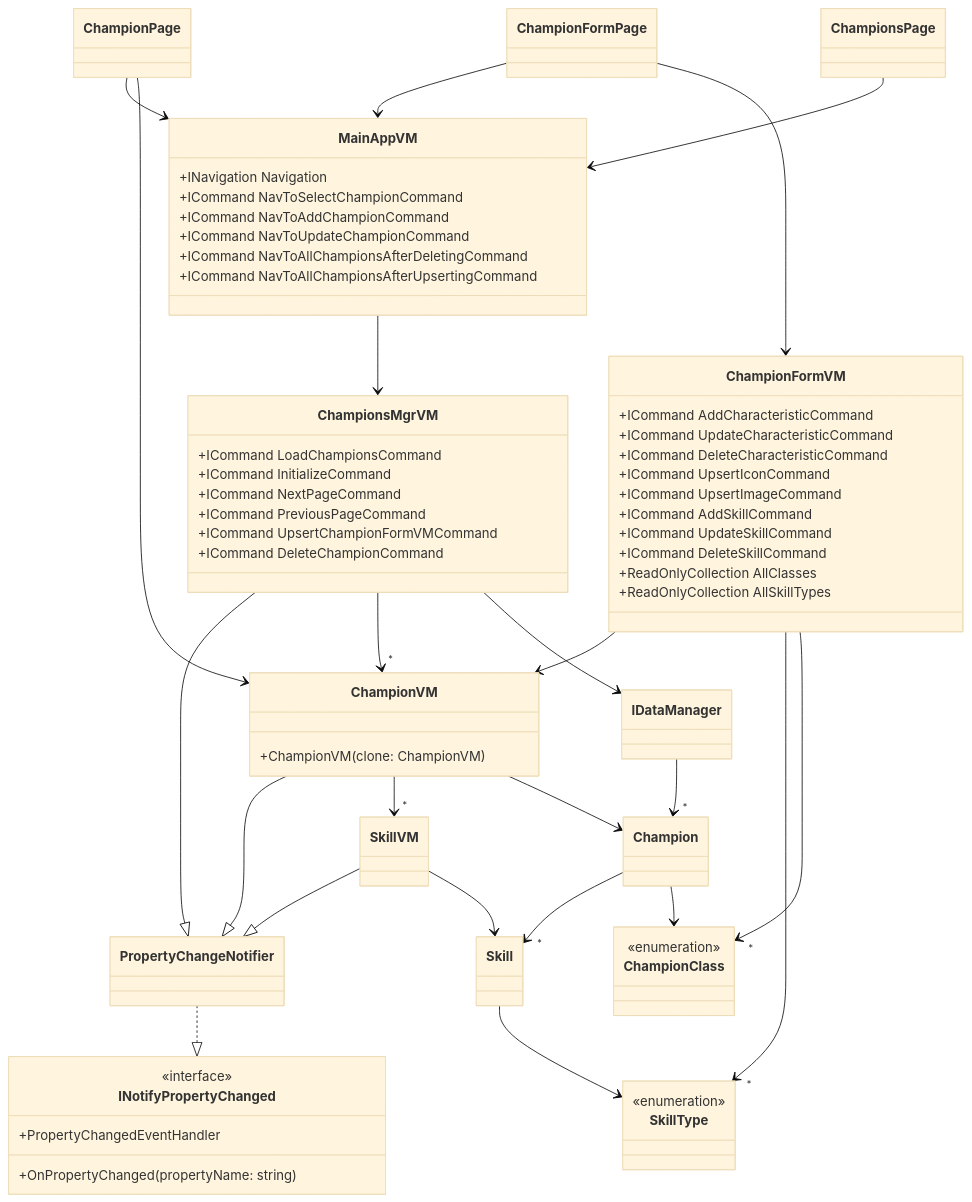
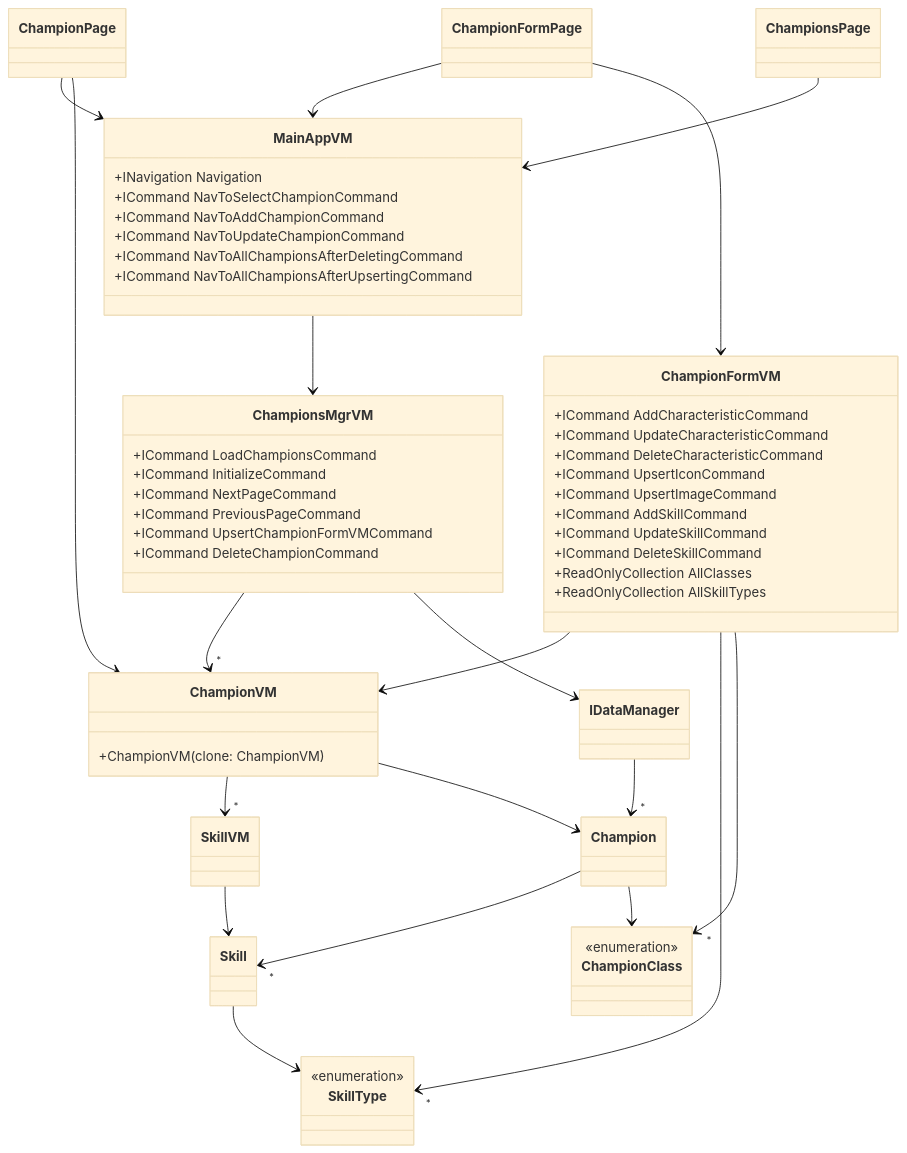
The third of 3 diagrams in README.md (draialexis/AD_MVVM_custom_LoL), drawn with Mermaid (base theme) before and after one commit. The commit also changed other lines of this file and 8 other files, not shown here.

````diff
--- a/README.md
+++ b/README.md
@@ -84,78 +133,67 @@
 ```mermaid
 classDiagram
 
 class MainAppVM {
     +INavigation Navigation
     +ICommand NavToSelectChampionCommand
     +ICommand NavToAddChampionCommand
     +ICommand NavToUpdateChampionCommand
     +ICommand NavToAllChampionsAfterDeletingCommand
     +ICommand NavToAllChampionsAfterUpsertingCommand
 }
 
 class ChampionsMgrVM {
     +ICommand LoadChampionsCommand
     +ICommand InitializeCommand
     +ICommand NextPageCommand
     +ICommand PreviousPageCommand
     +ICommand UpsertChampionFormVMCommand
     +ICommand DeleteChampionCommand
 }
 
 class ChampionVM {
     +ChampionVM(clone: ChampionVM)
 }
 
 class ChampionFormVM {
     +ICommand AddCharacteristicCommand
     +ICommand UpdateCharacteristicCommand
     +ICommand DeleteCharacteristicCommand
     +ICommand UpsertIconCommand
     +ICommand UpsertImageCommand
     +ICommand AddSkillCommand
     +ICommand UpdateSkillCommand
     +ICommand DeleteSkillCommand
     +ReadOnlyCollection AllClasses
     +ReadOnlyCollection AllSkillTypes
 }
 
-class INotifyPropertyChanged {
-    <<interface>>
-    +PropertyChangedEventHandler
-    +OnPropertyChanged(propertyName: string)
-}
-
 class ChampionClass {
     <<enumeration>>
 }
 
 class SkillType {
     <<enumeration>>
 }
 
 ChampionPage --> MainAppVM
 ChampionPage --> ChampionVM
 ChampionFormPage --> MainAppVM
 ChampionFormPage --> ChampionFormVM
 ChampionsPage --> MainAppVM
 MainAppVM --> ChampionsMgrVM
 
-ChampionsMgrVM --|> PropertyChangeNotifier
 ChampionsMgrVM --> "*" ChampionVM
 ChampionsMgrVM --> IDataManager
-ChampionVM --|> PropertyChangeNotifier
 ChampionVM --> "*" SkillVM
 ChampionVM --> Champion
-SkillVM --|> PropertyChangeNotifier
 SkillVM --> Skill
 ChampionFormVM --> ChampionVM
 ChampionFormVM --> "*" SkillType
 ChampionFormVM --> "*" ChampionClass
-
-PropertyChangeNotifier ..|> INotifyPropertyChanged
 
 IDataManager --> "*" Champion
 Champion --> "*" Skill
 Skill --> SkillType
 Champion --> ChampionClass
 ```
````
